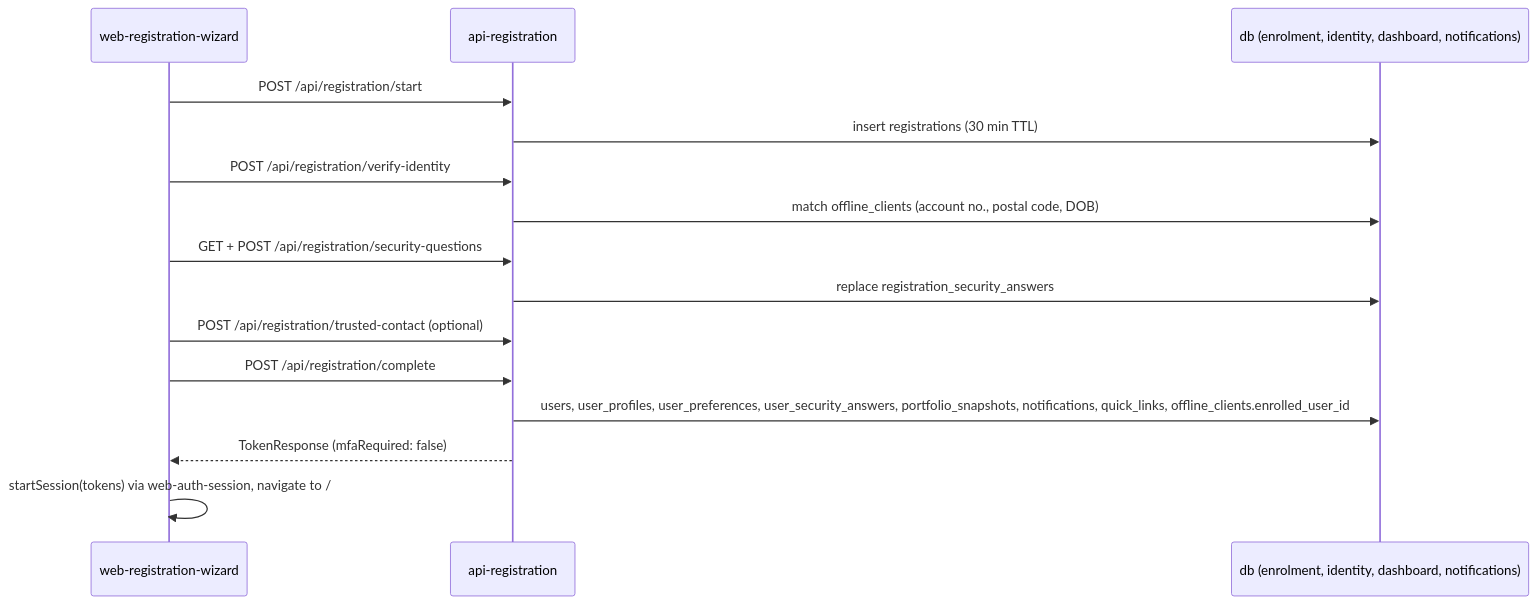
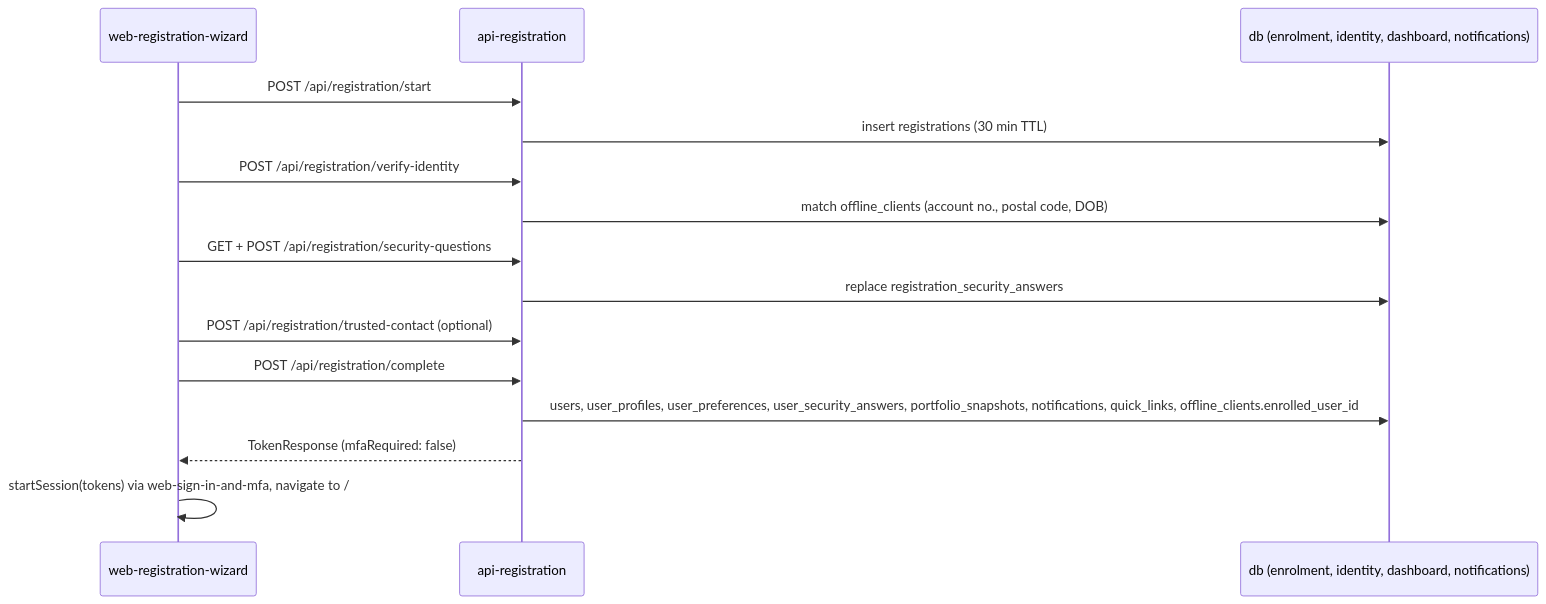
Before and after one commit to Intelliware/electric-wealth-knowledge-base: the diagram in shared/integration-patterns/online-enrolment.md, drawn with Mermaid. The commit also changed other lines of this file and 16 other files, not shown here.

First line of the commit message:
docs(kb): merge web sign-in code into one component

````diff
--- a/shared/integration-patterns/online-enrolment.md
+++ b/shared/integration-patterns/online-enrolment.md
@@ -7,17 +7,17 @@
 ```mermaid
 sequenceDiagram
     participant UI as web-registration-wizard
     participant API as api-registration
     participant DB as db (enrolment, identity, dashboard, notifications)
     UI->>API: POST /api/registration/start
     API->>DB: insert registrations (30 min TTL)
     UI->>API: POST /api/registration/verify-identity
     API->>DB: match offline_clients (account no., postal code, DOB)
     UI->>API: GET + POST /api/registration/security-questions
     API->>DB: replace registration_security_answers
     UI->>API: POST /api/registration/trusted-contact (optional)
     UI->>API: POST /api/registration/complete
     API->>DB: users, user_profiles, user_preferences, user_security_answers, portfolio_snapshots, notifications, quick_links, offline_clients.enrolled_user_id
     API-->>UI: TokenResponse (mfaRequired: false)
-    UI->>UI: startSession(tokens) via web-auth-session, navigate to /
+    UI->>UI: startSession(tokens) via web-sign-in-and-mfa, navigate to /
 ```
````
